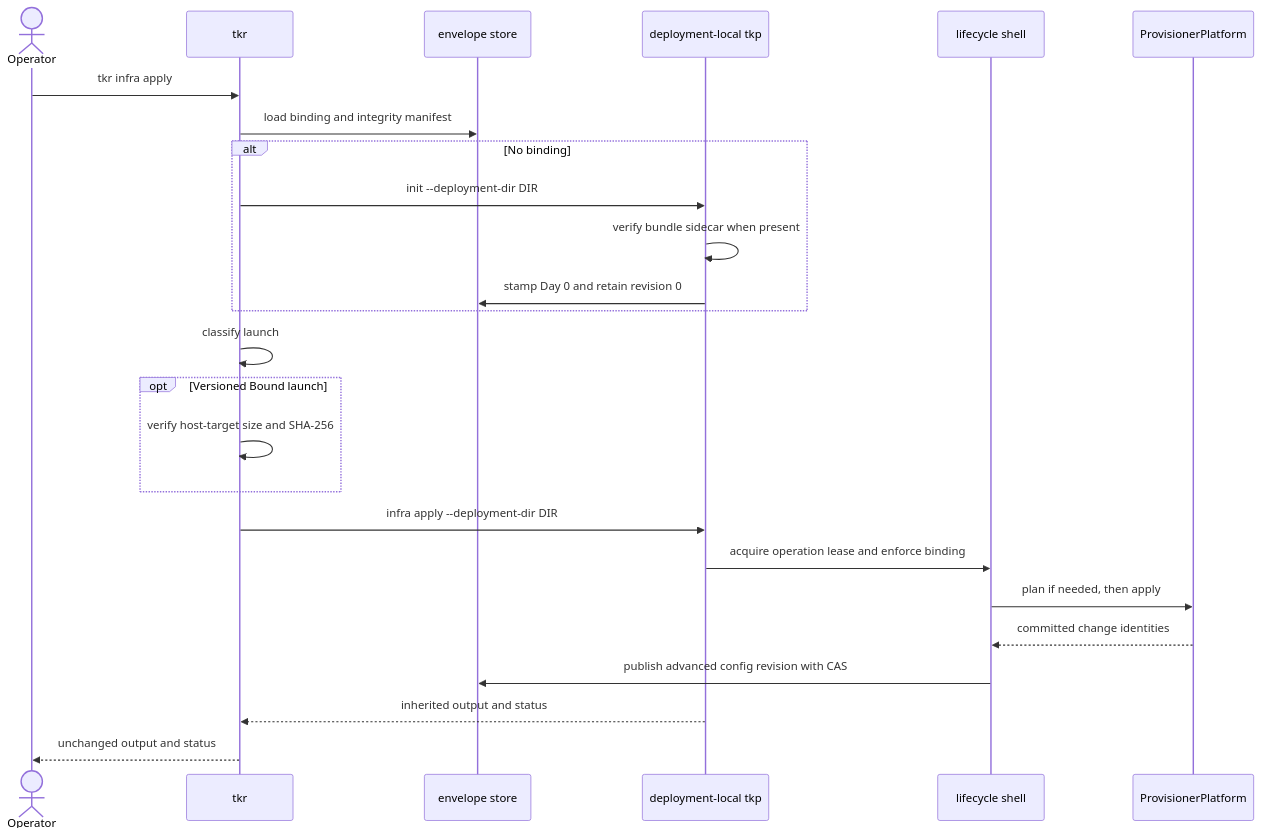
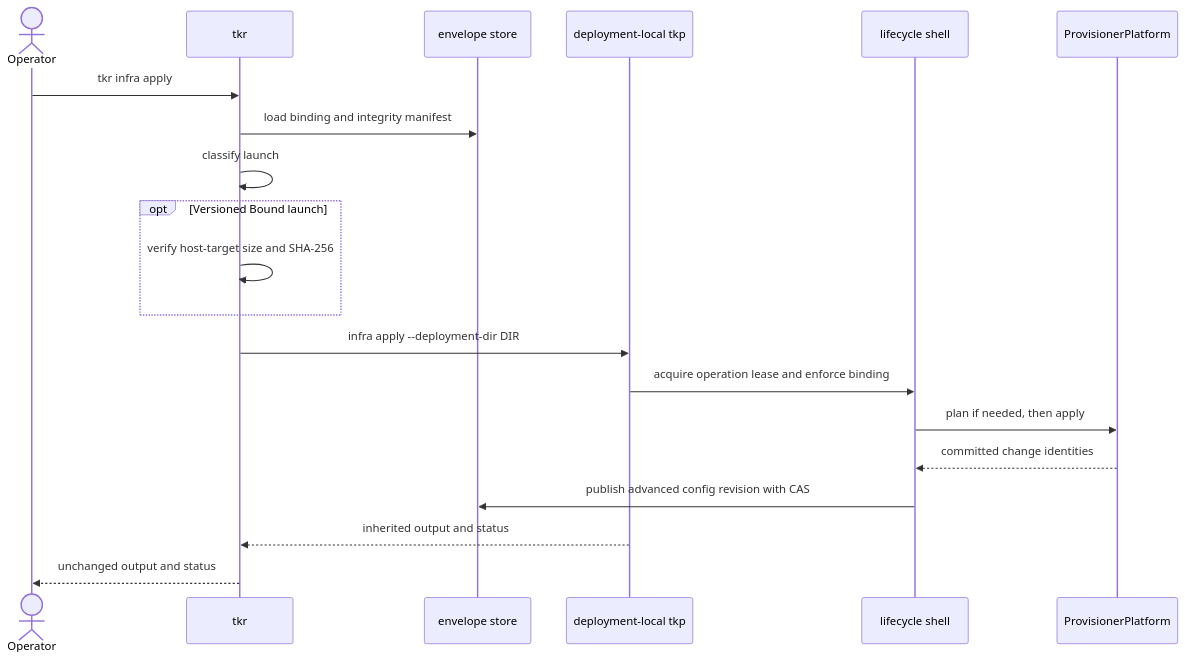
The fourth of 6 diagrams in docs/provisioning/tkr-and-tkp.md (tokeira/tokeira), drawn with Mermaid before and after one commit. The commit also changed other lines of this file and 39 other files, not shown here.

````diff
--- a/docs/provisioning/tkr-and-tkp.md
+++ b/docs/provisioning/tkr-and-tkp.md
@@ -262,28 +262,23 @@
 ```mermaid
 sequenceDiagram
     actor Operator
     participant TKR as tkr
     participant Envelope as envelope store
     participant Binary as deployment-local tkp
     participant Shell as lifecycle shell
     participant Platform as ProvisionerPlatform
 
     Operator->>TKR: tkr infra apply
     TKR->>Envelope: load binding and integrity manifest
-    alt No binding
-        TKR->>Binary: init --deployment-dir DIR
-        Binary->>Binary: verify bundle sidecar when present
-        Binary->>Envelope: stamp Day 0 and retain revision 0
-    end
     TKR->>TKR: classify launch
     opt Versioned Bound launch
         TKR->>TKR: verify host-target size and SHA-256
     end
     TKR->>Binary: infra apply --deployment-dir DIR
     Binary->>Shell: acquire operation lease and enforce binding
     Shell->>Platform: plan if needed, then apply
     Platform-->>Shell: committed change identities
     Shell->>Envelope: publish advanced config revision with CAS
     Binary-->>TKR: inherited output and status
     TKR-->>Operator: unchanged output and status
 ```
````
